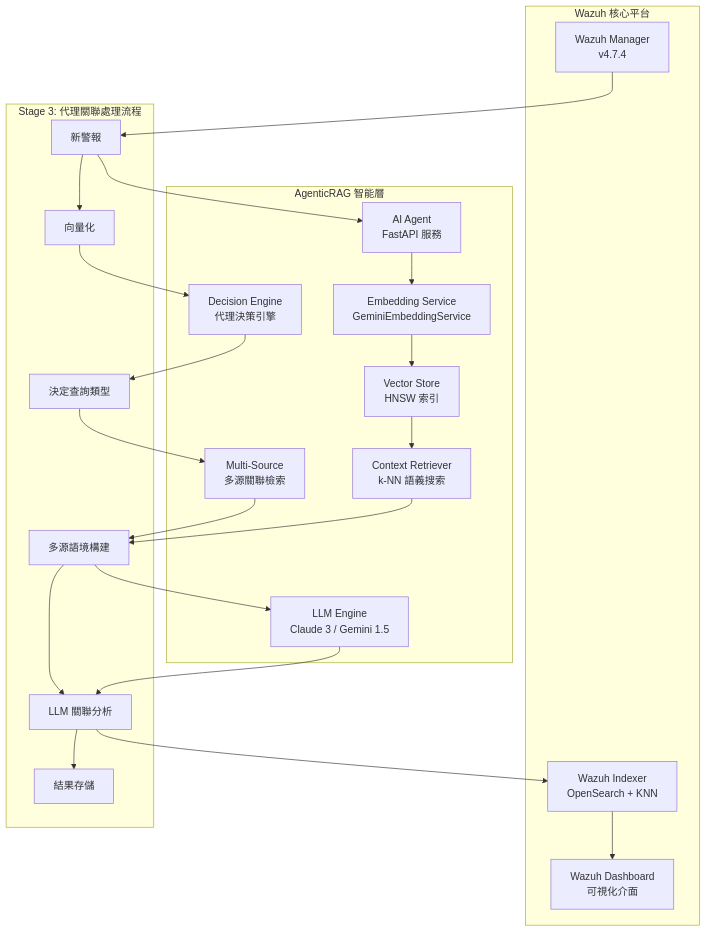
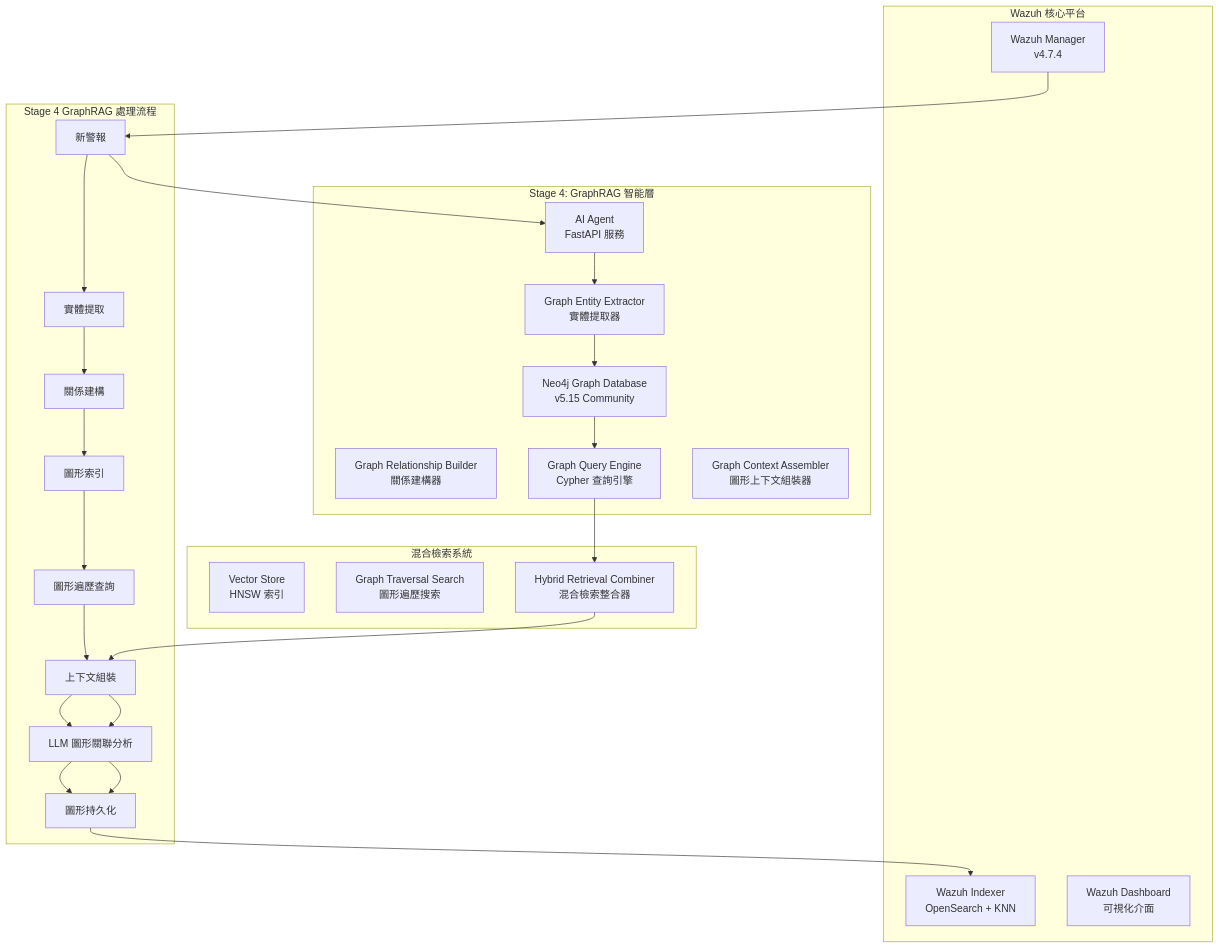
The diagram in README.md (trionnemesis/wazuh_ai_agent), drawn with Mermaid before and after one commit. The commit also changed other lines of this file, not shown here.

Commit message:
Upgrade to GraphRAG: Neo4j integration, advanced threat analysis framework

````diff
--- a/README.md
+++ b/README.md
@@ -34,39 +42,44 @@
 ```mermaid
 flowchart TD
     subgraph "Wazuh 核心平台"
         WM[Wazuh Manager<br/>v4.7.4]
         WI[Wazuh Indexer<br/>OpenSearch + KNN]  
         WD[Wazuh Dashboard<br/>可視化介面]
     end
     
-    subgraph "AgenticRAG 智能層"
+    subgraph "Stage 4: GraphRAG 智能層"
         AA[AI Agent<br/>FastAPI 服務]
-        ES[Embedding Service<br/>GeminiEmbeddingService]
-        VS[Vector Store<br/>HNSW 索引]
-        LLM[LLM Engine<br/>Claude 3 / Gemini 1.5]
-        CR[Context Retriever<br/>k-NN 語義搜索]
-        DE[Decision Engine<br/>代理決策引擎]
-        MS[Multi-Source<br/>多源關聯檢索]
+        GDB[Neo4j Graph Database<br/>v5.15 Community]
+        GE[Graph Entity Extractor<br/>實體提取器]
+        GR[Graph Relationship Builder<br/>關係建構器]
+        GQ[Graph Query Engine<br/>Cypher 查詢引擎]
+        GC[Graph Context Assembler<br/>圖形上下文組裝器]
     end
     
-    subgraph "Stage 3: 代理關聯處理流程"
-        NA[新警報] --> VE[向量化]
-        VE --> DE
-        DE --> DQ[決定查詢類型]
-        DQ --> MS
-        MS --> CB[多源語境構建]
-        CB --> LA[LLM 關聯分析]
-        LA --> US[結果存儲]
+    subgraph "混合檢索系統"
+        VS[Vector Store<br/>HNSW 索引]
+        GS[Graph Traversal Search<br/>圖形遍歷搜索]
+        HS[Hybrid Retrieval Combiner<br/>混合檢索整合器]
+    end
+    
+    subgraph "Stage 4 GraphRAG 處理流程"
+        NA[新警報] --> EE[實體提取]
+        EE --> RB[關係建構]
+        RB --> GI[圖形索引]
+        GI --> GT[圖形遍歷查詢]
+        GT --> CA[上下文組裝]
+        CA --> LA[LLM 圖形關聯分析]
+        LA --> GP[圖形持久化]
     end
     
     WM --> NA
     NA --> AA
-    AA --> ES
-    ES --> VS
-    VS --> CR
-    CR --> CB
-    CB --> LLM
-    LLM --> LA
-    LA --> WI
-    WI --> WD
+    AA --> GE
+    GE --> GDB
+    GDB --> GQ
+    GQ --> HS
+    HS --> CA
+    CA --> LA
+    LA --> GP
+    GP --> WI
 ```
````
